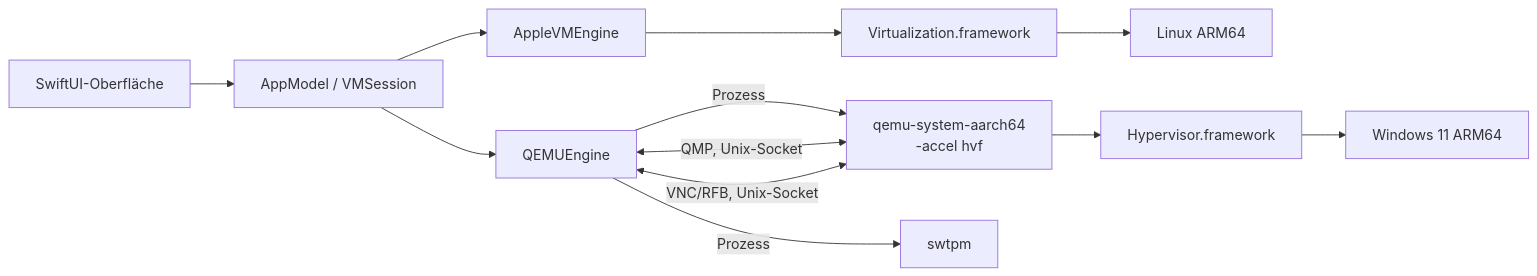
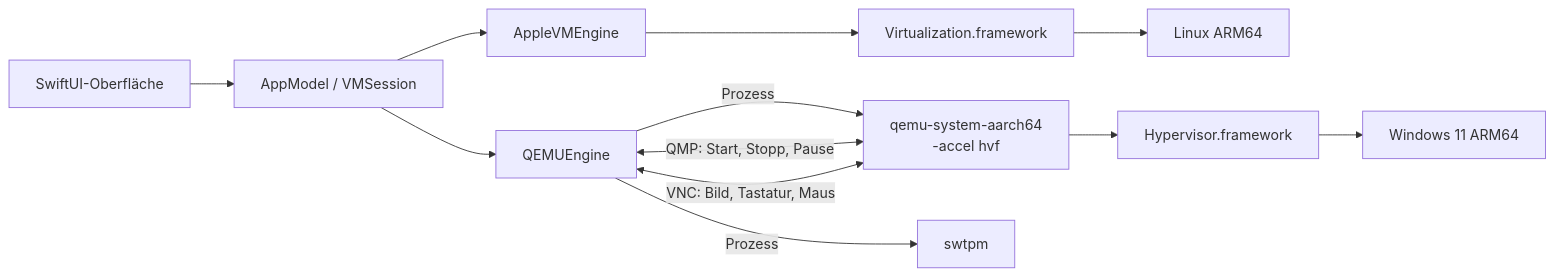
One commit to devoky99/Pluralism changed the diagram in docs/ARCHITECTURE.md. Above: the diagram before and after it, drawn with Mermaid. The commit also changed other lines of this file and 26 other files, not shown here.

````diff
--- a/docs/ARCHITECTURE.md
+++ b/docs/ARCHITECTURE.md
@@ -24,14 +39,14 @@
 ```mermaid
 flowchart LR
     UI[SwiftUI-Oberfläche] --> Model[AppModel / VMSession]
     Model --> Apple[AppleVMEngine]
     Model --> QEMU[QEMUEngine]
     Apple --> VZ[Virtualization.framework]
     VZ --> LinuxGast[Linux ARM64]
     QEMU -->|Prozess| Q[qemu-system-aarch64<br/>-accel hvf]
     QEMU -->|Prozess| T[swtpm]
-    QEMU <-->|QMP, Unix-Socket| Q
-    QEMU <-->|VNC/RFB, Unix-Socket| Q
+    QEMU <-->|QMP: Start, Stopp, Pause| Q
+    QEMU <-->|VNC: Bild, Tastatur, Maus| Q
     Q --> HVF[Hypervisor.framework]
     HVF --> WinGast[Windows 11 ARM64]
 ```
````
